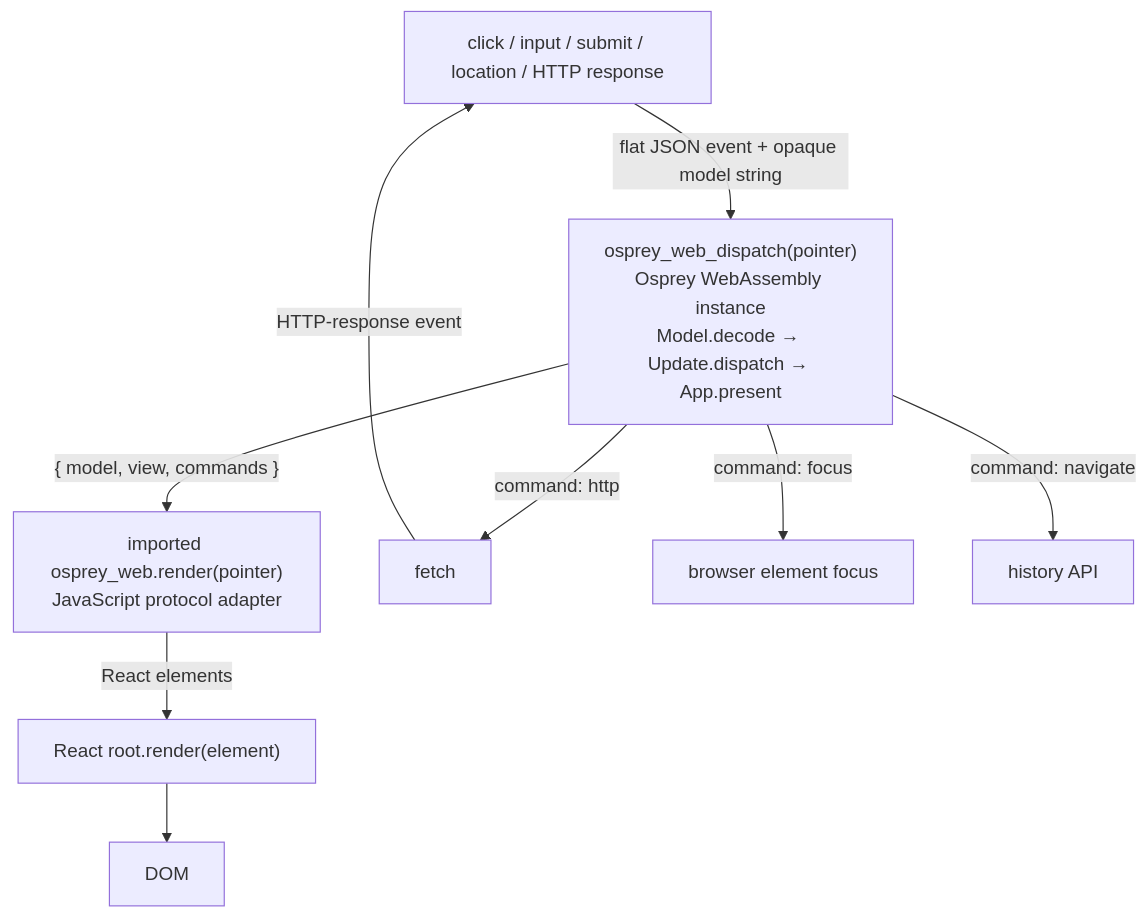
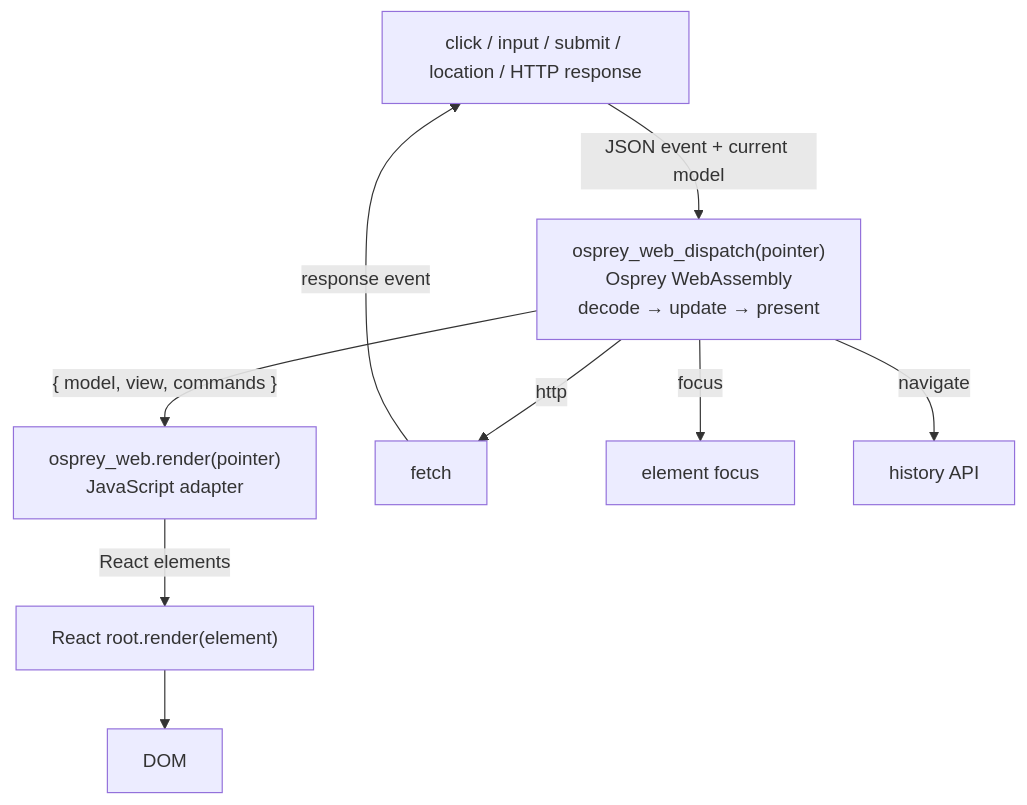
The first of 2 diagrams in src/toolchain/website/src/docs/web-apps.md (Nimblesite/osprey), drawn with Mermaid before and after one commit. The commit also changed other lines of this file and 2 other files, not shown here.

Commit message:
docs(web-apps): run it first, then one event end to end, view, state, commands, effects; ABI reference last, duplicated handler code and React link list cut; drop interopmaxxing slang

````diff
--- a/src/toolchain/website/src/docs/web-apps.md
+++ b/src/toolchain/website/src/docs/web-apps.md
@@ -28,18 +40,17 @@
 ```mermaid
 flowchart TD
     event["click / input / submit / location / HTTP response"]
-    wasm["osprey_web_dispatch(pointer)<br/>Osprey WebAssembly instance<br/>Model.decode → Update.dispatch → App.present"]
-    adapter["imported osprey_web.render(pointer)<br/>JavaScript protocol adapter"]
+    wasm["osprey_web_dispatch(pointer)<br/>Osprey WebAssembly<br/>decode → update → present"]
+    adapter["osprey_web.render(pointer)<br/>JavaScript adapter"]
     react["React root.render(element)"]
     dom["DOM"]
 
-    event -->|"flat JSON event + opaque model string"| wasm
+    event -->|"JSON event + current model"| wasm
     wasm -->|"{ model, view, commands }"| adapter
     adapter -->|"React elements"| react
     react --> dom
-
-    wasm -->|"command: http"| fetchCmd["fetch"]
-    fetchCmd -->|"HTTP-response event"| event
-    wasm -->|"command: focus"| focusCmd["browser element focus"]
-    wasm -->|"command: navigate"| navCmd["history API"]
+    wasm -->|"http"| fetchCmd["fetch"]
+    fetchCmd -->|"response event"| event
+    wasm -->|"focus"| focusCmd["element focus"]
+    wasm -->|"navigate"| navCmd["history API"]
 ```
````
